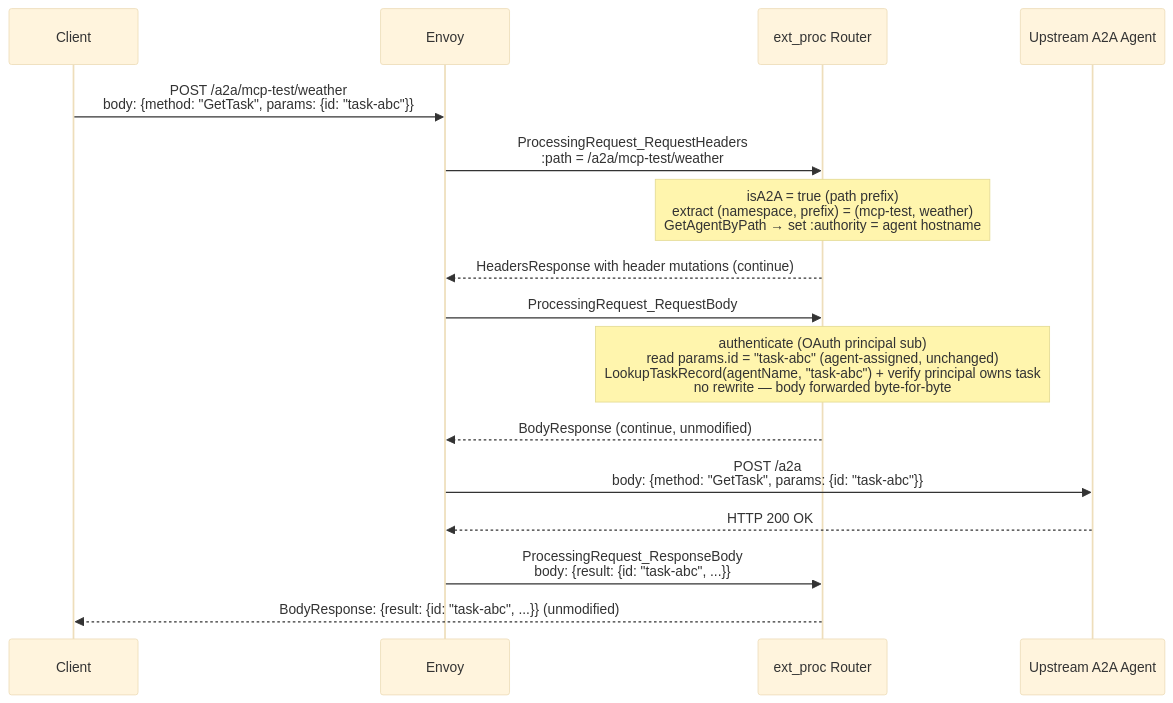
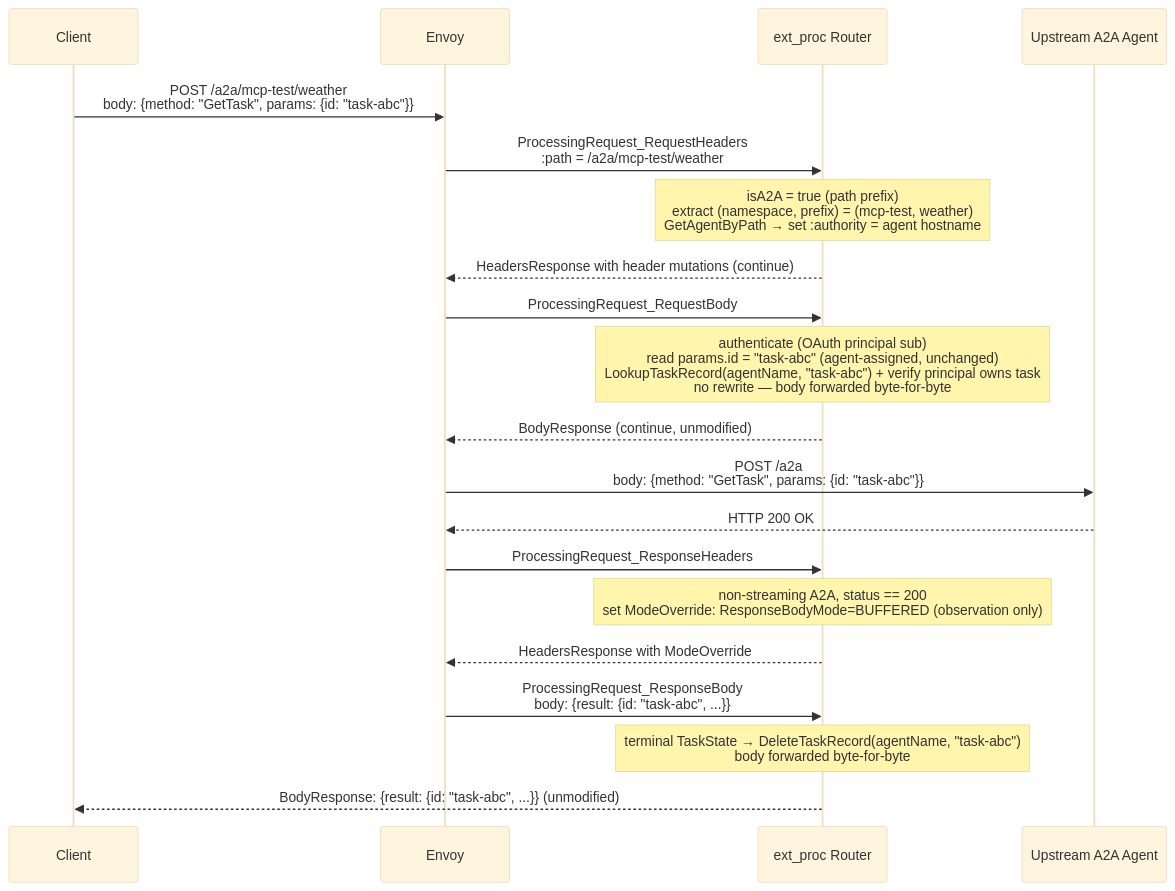
One commit to Aman-Cool/mcp-gateway changed the fourth of 5 diagrams in docs/design/a2a/a2a-design.md. Above: the diagram before and after it, drawn with Mermaid (base theme). The commit also changed other lines of this file and 1 other file, not shown here.

First line of the commit message:
docs: correct A2A response observation and discovery routing

````diff
--- a/docs/design/a2a/a2a-design.md
+++ b/docs/design/a2a/a2a-design.md
@@ -328,19 +334,23 @@
 ```mermaid
 sequenceDiagram
     participant Client
     participant Envoy
     participant Router as ext_proc Router
     participant Upstream as Upstream A2A Agent
 
     Client->>Envoy: POST /a2a/mcp-test/weather<br/>body: {method: "GetTask", params: {id: "task-abc"}}
     Envoy->>Router: ProcessingRequest_RequestHeaders<br/>:path = /a2a/mcp-test/weather
     Note over Router: isA2A = true (path prefix)<br/>extract (namespace, prefix) = (mcp-test, weather)<br/>GetAgentByPath → set :authority = agent hostname
     Router-->>Envoy: HeadersResponse with header mutations (continue)
     Envoy->>Router: ProcessingRequest_RequestBody
     Note over Router: authenticate (OAuth principal sub)<br/>read params.id = "task-abc" (agent-assigned, unchanged)<br/>LookupTaskRecord(agentName, "task-abc") + verify principal owns task<br/>no rewrite — body forwarded byte-for-byte
     Router-->>Envoy: BodyResponse (continue, unmodified)
     Envoy->>Upstream: POST /a2a<br/>body: {method: "GetTask", params: {id: "task-abc"}}
     Upstream-->>Envoy: HTTP 200 OK
+    Envoy->>Router: ProcessingRequest_ResponseHeaders
+    Note over Router: non-streaming A2A, status == 200<br/>set ModeOverride: ResponseBodyMode=BUFFERED (observation only)
+    Router-->>Envoy: HeadersResponse with ModeOverride
     Envoy->>Router: ProcessingRequest_ResponseBody<br/>body: {result: {id: "task-abc", ...}}
+    Note over Router: terminal TaskState → DeleteTaskRecord(agentName, "task-abc")<br/>body forwarded byte-for-byte
     Router-->>Client: BodyResponse: {result: {id: "task-abc", ...}} (unmodified)
 ```
````
